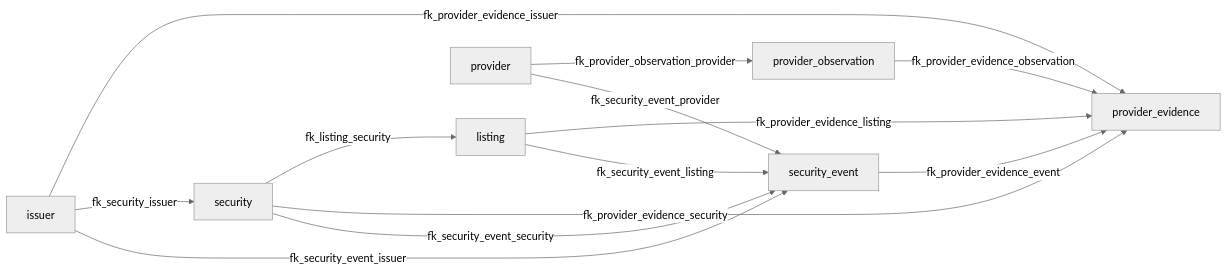
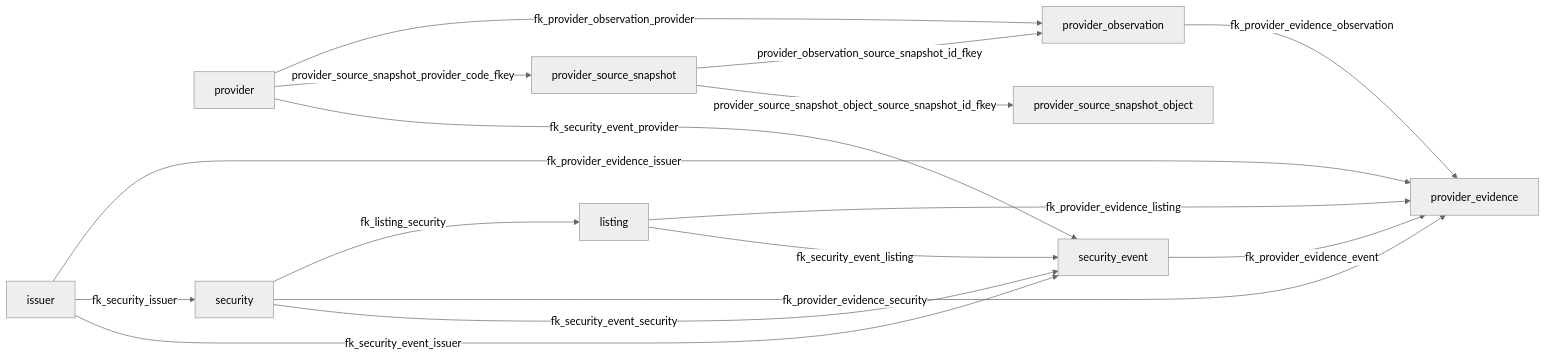
One commit to cmhettinger/empire changed the diagram in docs/db/stonks/generated/erd-groups/provider-evidence-relations.md. Above: the diagram before and after it, drawn with Mermaid (neutral theme). The commit also changed 21 other files, not shown here.

````diff
--- a/docs/db/stonks/generated/erd-groups/provider-evidence-relations.md
+++ b/docs/db/stonks/generated/erd-groups/provider-evidence-relations.md
@@ -1,23 +1,28 @@
 ```mermaid
 flowchart LR
   issuer["issuer"]
   listing["listing"]
   provider["provider"]
   provider_evidence["provider_evidence"]
   provider_observation["provider_observation"]
+  provider_source_snapshot["provider_source_snapshot"]
+  provider_source_snapshot_object["provider_source_snapshot_object"]
   security["security"]
   security_event["security_event"]
 
   security -->|fk_listing_security| listing
   security_event -->|fk_provider_evidence_event| provider_evidence
   issuer -->|fk_provider_evidence_issuer| provider_evidence
   listing -->|fk_provider_evidence_listing| provider_evidence
   provider_observation -->|fk_provider_evidence_observation| provider_evidence
   security -->|fk_provider_evidence_security| provider_evidence
   provider -->|fk_provider_observation_provider| provider_observation
+  provider_source_snapshot -->|provider_observation_source_snapshot_id_fkey| provider_observation
+  provider -->|provider_source_snapshot_provider_code_fkey| provider_source_snapshot
+  provider_source_snapshot -->|provider_source_snapshot_object_source_snapshot_id_fkey| provider_source_snapshot_object
   issuer -->|fk_security_issuer| security
   issuer -->|fk_security_event_issuer| security_event
   listing -->|fk_security_event_listing| security_event
   provider -->|fk_security_event_provider| security_event
   security -->|fk_security_event_security| security_event
 ```
````
